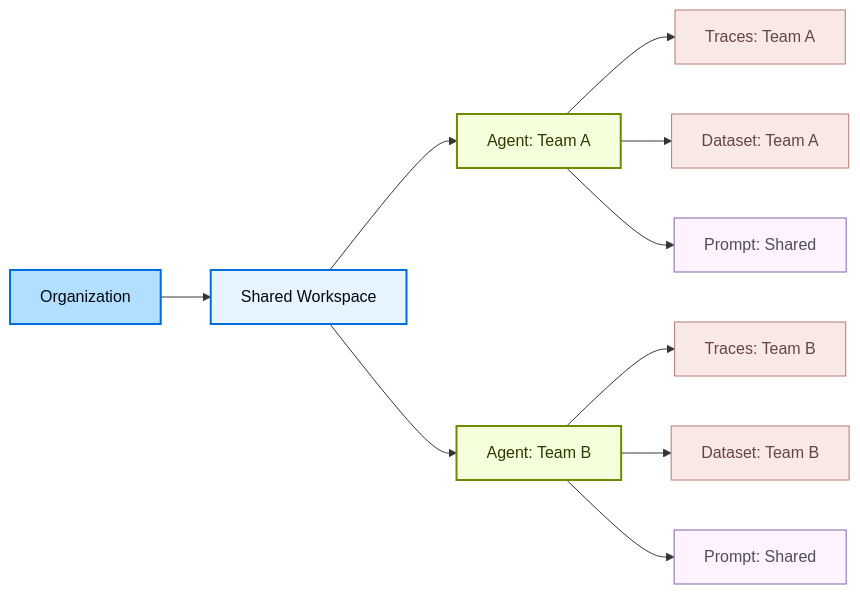
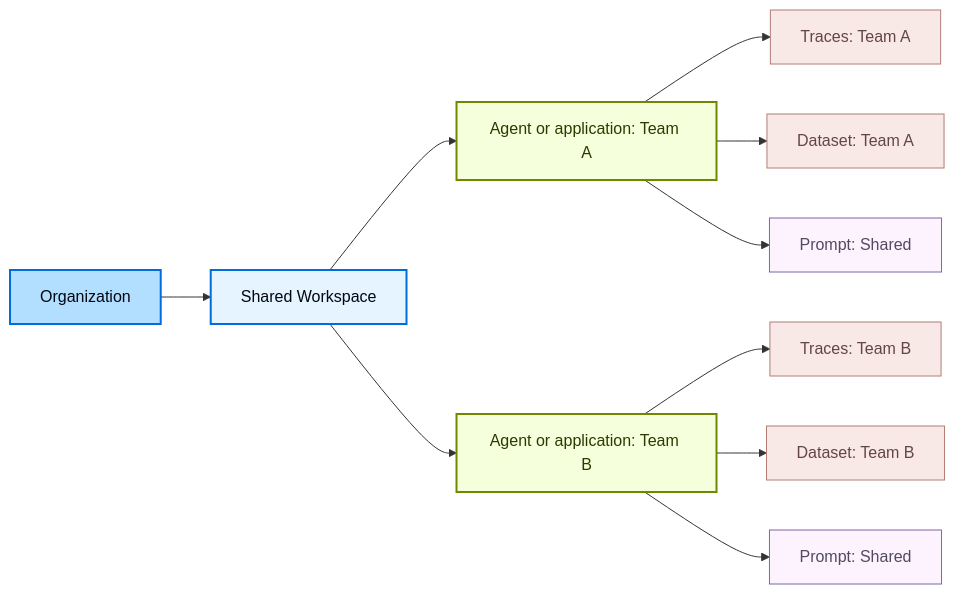
One commit to langchain-ai/docs changed the second of 3 diagrams in src/langsmith/workload-isolation.mdx. Above: the diagram before and after it, drawn with Mermaid. The commit also changed other lines of this file and 9 other files, not shown here.

````diff
--- a/src/langsmith/workload-isolation.mdx
+++ b/src/langsmith/workload-isolation.mdx
@@ -82,42 +84,42 @@
 ```mermaid actions={false}
 graph LR
     Org[Organization]
 
     WS[Shared Workspace]
 
-    AgentA[Agent: Team A]
-    AgentB[Agent: Team B]
+    AgentA[Agent or application: Team A]
+    AgentB[Agent or application: Team B]
 
     TracesA[Traces: Team A]
     DatasetA[Dataset: Team A]
     PromptA[Prompt: Shared]
 
     TracesB[Traces: Team B]
     DatasetB[Dataset: Team B]
     PromptB[Prompt: Shared]
 
     Org --> WS
 
     WS --> AgentA
     WS --> AgentB
 
     AgentA --> TracesA
     AgentA --> DatasetA
     AgentA --> PromptA
 
     AgentB --> TracesB
     AgentB --> DatasetB
     AgentB --> PromptB
 
     classDef orgStyle fill:#B2DEFF,stroke:#006DDD,stroke-width:2px,color:#030710
     classDef wsStyle fill:#E5F4FF,stroke:#006DDD,stroke-width:2px,color:#030710
     classDef appStyle fill:#F6FFDB,stroke:#6E8900,stroke-width:2px,color:#2E3900
     classDef restrictedStyle fill:#F8E8E6,stroke:#B27D75,stroke-width:1px,color:#634643
     classDef sharedStyle fill:#FDF3FF,stroke:#7E65AE,stroke-width:1px,color:#504B5F
 
     class Org orgStyle
     class WS wsStyle
     class AgentA,AgentB appStyle
     class TracesA,DatasetA,TracesB,DatasetB restrictedStyle
     class PromptA,PromptB sharedStyle
 ```
````
